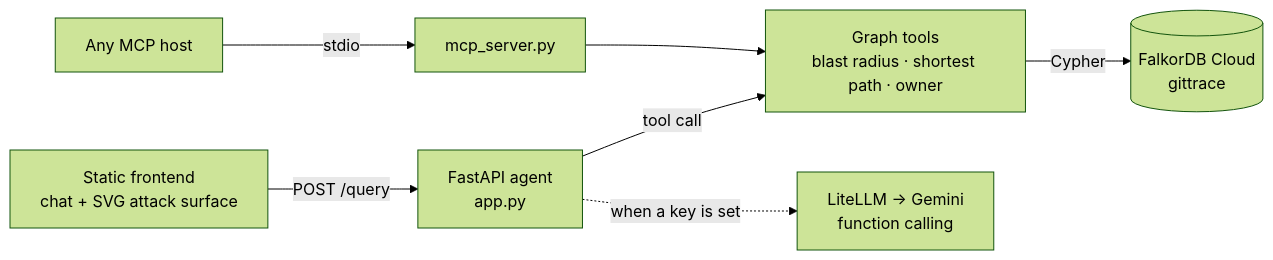
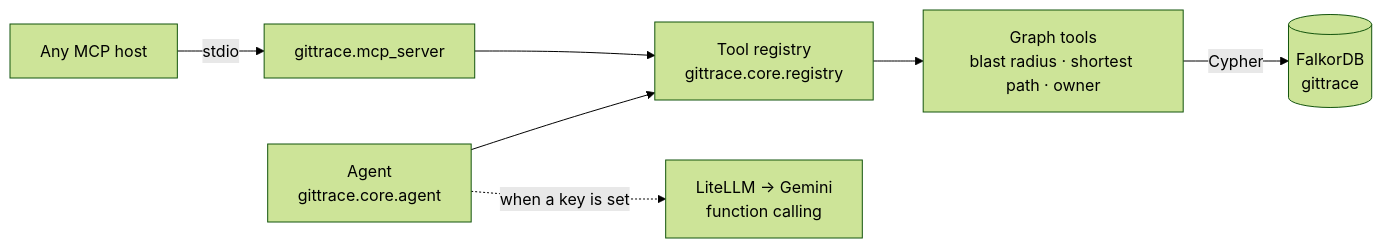
The diagram in README.md (codingwinterz/GitTrace), drawn with Mermaid (forest theme) before and after one commit. The commit also changed other lines of this file and 20 other files, not shown here.

First line of the commit message:
Phase 2b: remove the FastAPI routes and the frontend

````diff
--- a/README.md
+++ b/README.md
@@ -57,8 +55,9 @@
 ```mermaid
 flowchart LR
-  UI["Static frontend<br/>chat + SVG attack surface"] -->|"POST /query"| API["FastAPI agent<br/>app.py"]
-  API -->|tool call| TOOLS["Graph tools<br/>blast radius · shortest path · owner"]
-  TOOLS -->|Cypher| DB[("FalkorDB Cloud<br/>gittrace")]
-  API -.->|"when a key is set"| LLM["LiteLLM → Gemini<br/>function calling"]
-  MCP["Any MCP host"] -->|stdio| SRV["mcp_server.py"] --> TOOLS
+  MCP["Any MCP host"] -->|stdio| SRV["gittrace.mcp_server"]
+  SRV --> REG["Tool registry<br/>gittrace.core.registry"]
+  AGENT["Agent<br/>gittrace.core.agent"] --> REG
+  REG --> TOOLS["Graph tools<br/>blast radius · shortest path · owner"]
+  TOOLS -->|Cypher| DB[("FalkorDB<br/>gittrace")]
+  AGENT -.->|"when a key is set"| LLM["LiteLLM → Gemini<br/>function calling"]
 ```
````
